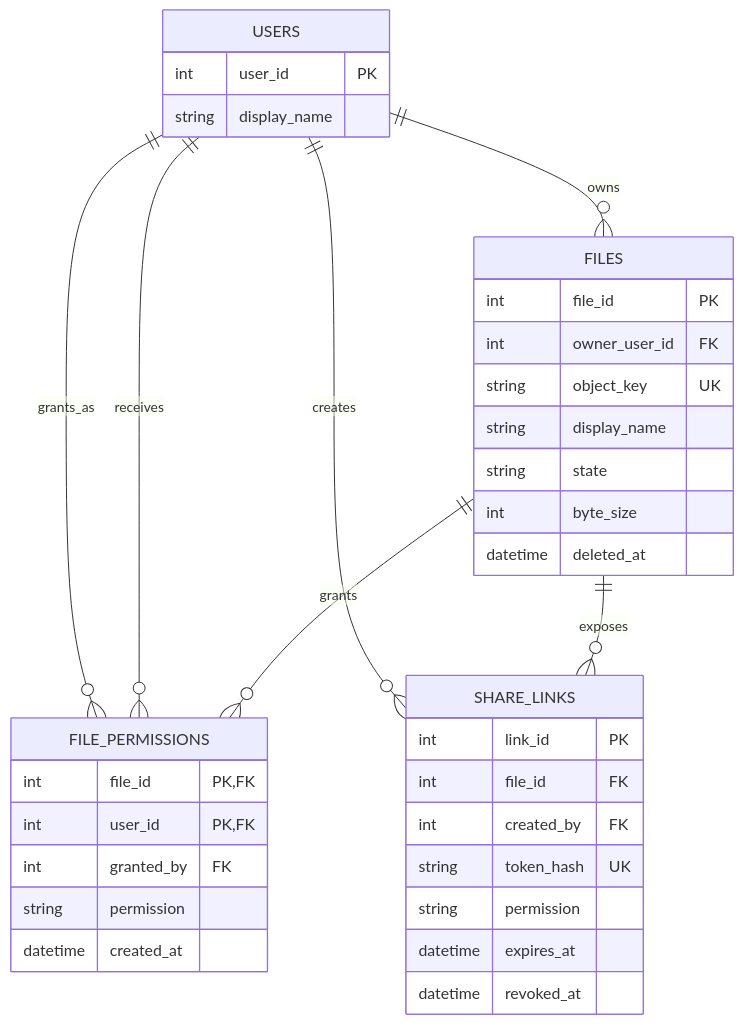
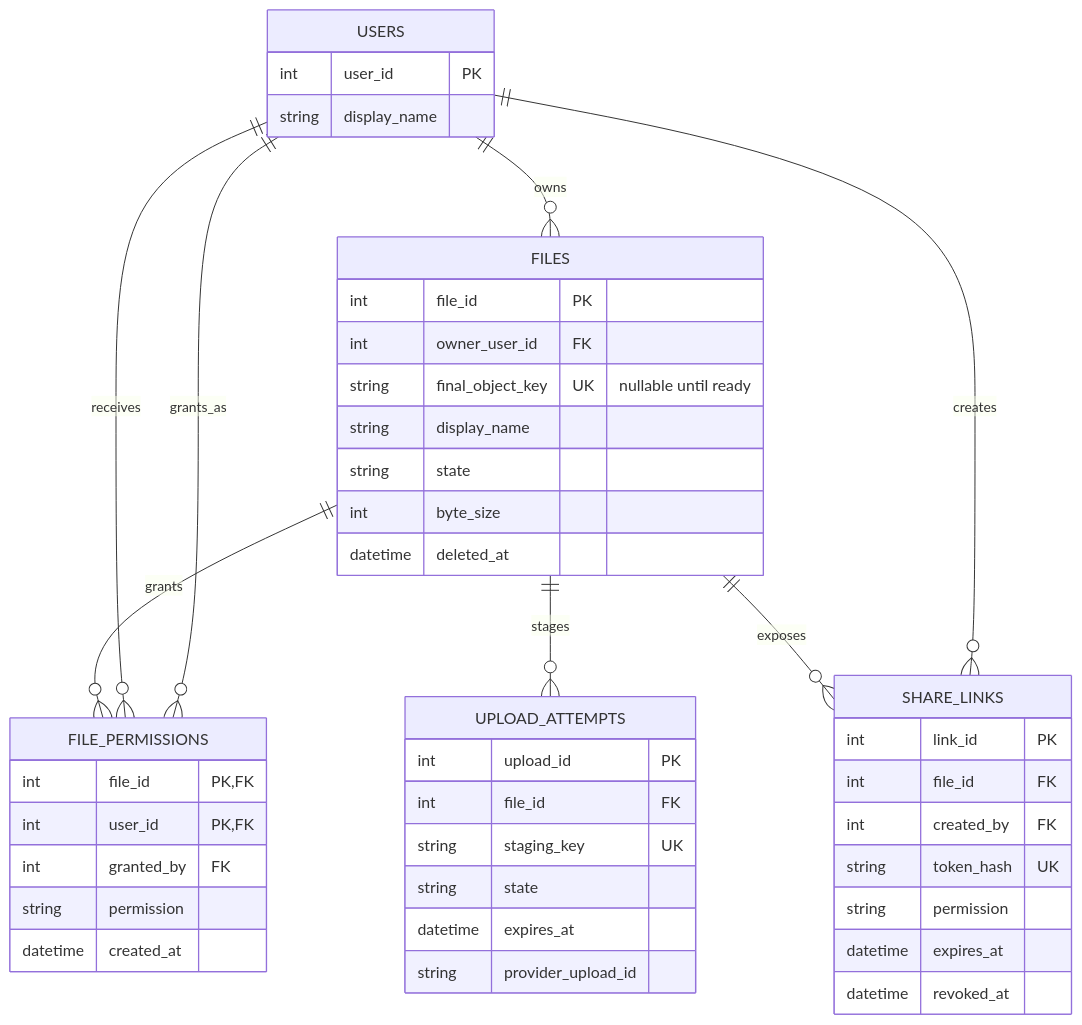
Before and after one commit to ehuerta6/bloomberg-interview-practice: the second of 2 diagrams in solutions/system-design/12-file-sharing-permissions.md, drawn with Mermaid. The commit also changed other lines of this file and 16 other files, not shown here.

````diff
--- a/solutions/system-design/12-file-sharing-permissions.md
+++ b/solutions/system-design/12-file-sharing-permissions.md
@@ -54,39 +54,48 @@
 ```mermaid
 erDiagram
     USERS ||--o{ FILES : owns
     FILES ||--o{ FILE_PERMISSIONS : grants
     USERS ||--o{ FILE_PERMISSIONS : receives
     USERS ||--o{ FILE_PERMISSIONS : grants_as
+    FILES ||--o{ UPLOAD_ATTEMPTS : stages
     FILES ||--o{ SHARE_LINKS : exposes
     USERS ||--o{ SHARE_LINKS : creates
 
     USERS {
         int user_id PK
         string display_name
     }
     FILES {
         int file_id PK
         int owner_user_id FK
-        string object_key UK
+        string final_object_key UK "nullable until ready"
         string display_name
         string state
         int byte_size
         datetime deleted_at
     }
     FILE_PERMISSIONS {
         int file_id PK, FK
         int user_id PK, FK
         int granted_by FK
         string permission
         datetime created_at
     }
+    UPLOAD_ATTEMPTS {
+        int upload_id PK
+        int file_id FK
+        string staging_key UK
+        string state
+        datetime expires_at
+        string provider_upload_id
+    }
     SHARE_LINKS {
         int link_id PK
         int file_id FK
         int created_by FK
         string token_hash UK
         string permission
         datetime expires_at
         datetime revoked_at
     }
 ```
````
